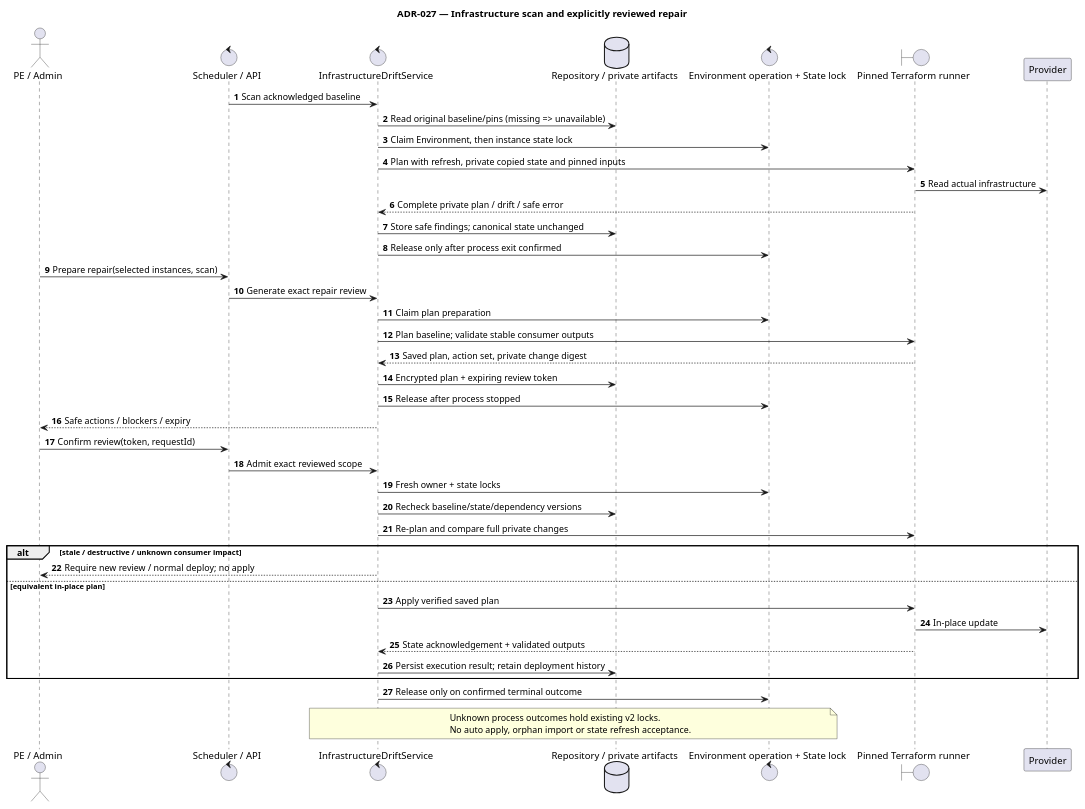
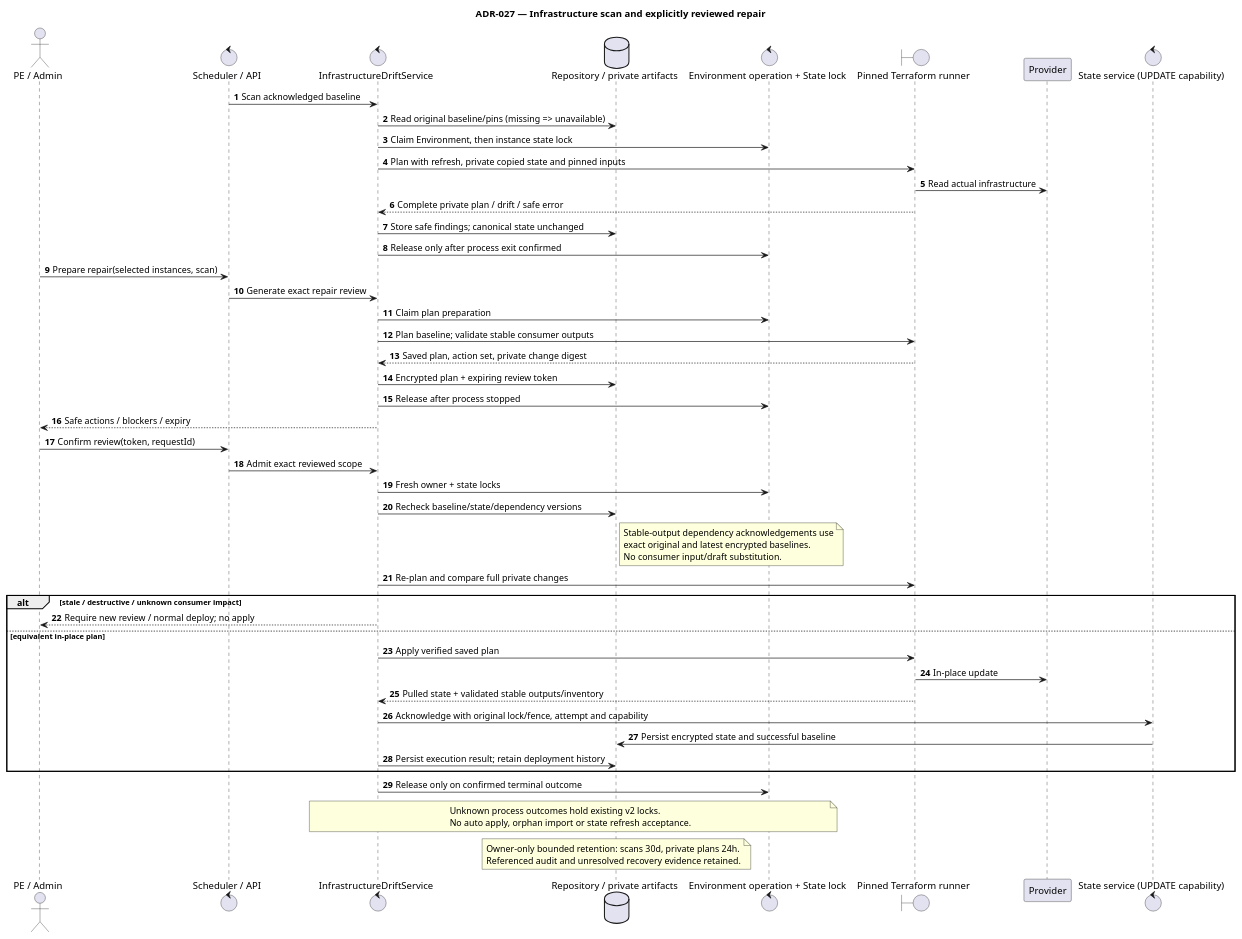
The diagram in orchestrator_docs/architecture/components/infrastructure-drift-sequence.puml (pr3s3nt/poc), drawn with PlantUML before and after one commit. The commit also changed 230 other files, not shown here.

```diff
--- a/orchestrator_docs/architecture/components/infrastructure-drift-sequence.puml
+++ b/orchestrator_docs/architecture/components/infrastructure-drift-sequence.puml
@@ -1,45 +1,57 @@
 @startuml
 title ADR-027 — Infrastructure scan and explicitly reviewed repair
 autonumber
 actor "PE / Admin" as User
 control "Scheduler / API" as Trigger
 control "InfrastructureDriftService" as Service
 database "Repository / private artifacts" as DB
 control "Environment operation + State lock" as Lock
 boundary "Pinned Terraform runner" as TF
 participant "Provider" as Provider
+control "State service (UPDATE capability)" as State
 Trigger -> Service: Scan acknowledged baseline
 Service -> DB: Read original baseline/pins (missing => unavailable)
 Service -> Lock: Claim Environment, then instance state lock
 Service -> TF: Plan with refresh, private copied state and pinned inputs
 TF -> Provider: Read actual infrastructure
 TF --> Service: Complete private plan / drift / safe error
 Service -> DB: Store safe findings; canonical state unchanged
 Service -> Lock: Release only after process exit confirmed
 User -> Trigger: Prepare repair(selected instances, scan)
 Trigger -> Service: Generate exact repair review
 Service -> Lock: Claim plan preparation
 Service -> TF: Plan baseline; validate stable consumer outputs
 TF --> Service: Saved plan, action set, private change digest
 Service -> DB: Encrypted plan + expiring review token
 Service -> Lock: Release after process stopped
 Service --> User: Safe actions / blockers / expiry
 User -> Trigger: Confirm review(token, requestId)
 Trigger -> Service: Admit exact reviewed scope
 Service -> Lock: Fresh owner + state locks
 Service -> DB: Recheck baseline/state/dependency versions
+note right of DB
+Stable-output dependency acknowledgements use
+exact original and latest encrypted baselines.
+No consumer input/draft substitution.
+end note
 Service -> TF: Re-plan and compare full private changes
 alt stale / destructive / unknown consumer impact
   Service --> User: Require new review / normal deploy; no apply
 else equivalent in-place plan
   Service -> TF: Apply verified saved plan
   TF -> Provider: In-place update
-  TF --> Service: State acknowledgement + validated outputs
+  TF --> Service: Pulled state + validated stable outputs/inventory
+  Service -> State: Acknowledge with original lock/fence, attempt and capability
+  State -> DB: Persist encrypted state and successful baseline
   Service -> DB: Persist execution result; retain deployment history
 end
 Service -> Lock: Release only on confirmed terminal outcome
 note over Service, Lock
 Unknown process outcomes hold existing v2 locks.
 No auto apply, orphan import or state refresh acceptance.
 end note
+note over DB
+Owner-only bounded retention: scans 30d, private plans 24h.
+Referenced audit and unresolved recovery evidence retained.
+end note
 @enduml
```
